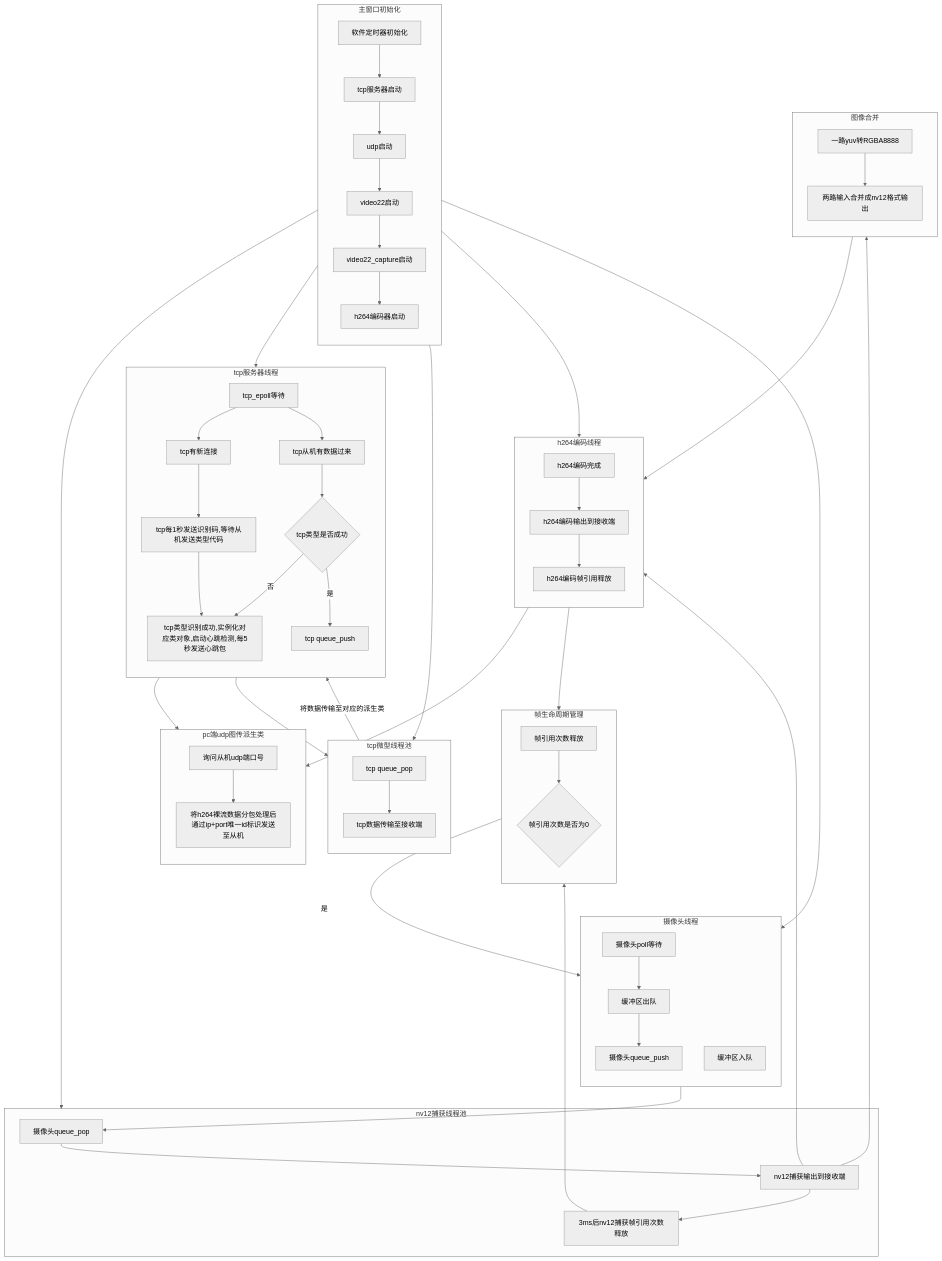
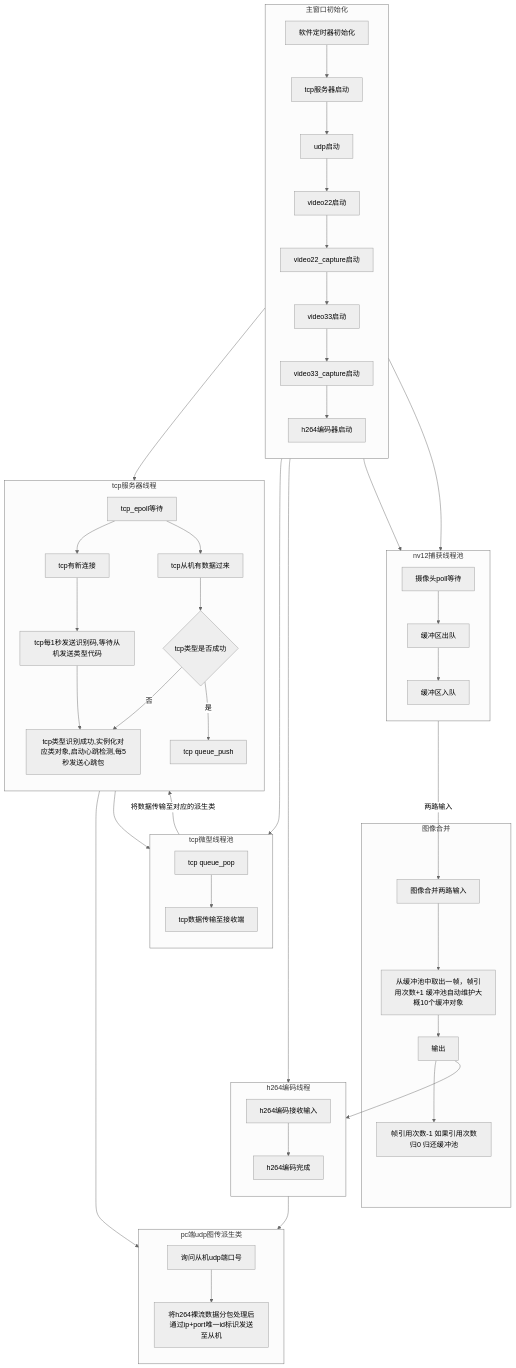
The diagram in README.md (GravityandSupport/rk3562_camera), drawn with Mermaid (neutral theme) before and after one commit.

Commit message:
Refactor README for video processing flow

````diff
--- a/README.md
+++ b/README.md
@@ -5,78 +5,66 @@
 ```mermaid
 flowchart TD
     subgraph 主窗口初始化
         direction TD
         软件定时器初始化-->tcp服务器启动
         tcp服务器启动-->udp启动
         udp启动-->video22启动
         video22启动-->video22_capture启动
-        video22_capture启动-->h264编码器启动
+        video22_capture启动-->video33启动
+        video33启动-->video33_capture启动
+        video33_capture启动-->h264编码器启动
     end
 
-    subgraph 摄像头线程
+    subgraph nv12捕获线程池
         direction TD
         摄像头poll等待-->缓冲区出队
-        缓冲区出队-->摄像头queue_push
+        缓冲区出队-->缓冲区入队
+    end
+    video22_capture启动-->nv12捕获线程池
+    video33_capture启动-->nv12捕获线程池
 
-        缓冲区入队
+    subgraph 图像合并
+        缓冲区出队-->|两路输入|图像合并两路输入
+        图像合并两路输入-->图像合并缓冲池取一帧[从缓冲池中取出一帧，帧引用次数+1 缓冲池自动维护大概10个缓冲对象]
+        图像合并缓冲池取一帧-->图像合并输出[输出]
+        图像合并输出-->图像合并归还缓冲池一帧[帧引用次数-1 如果引用次数归0 归还缓冲池]
     end
-    video22启动-->摄像头线程
-
-    subgraph nv12捕获线程池
-        摄像头queue_push-->摄像头queue_pop
-		摄像头queue_pop --> nv12捕获输出到接收端
-        nv12捕获输出到接收端-->3ms后nv12捕获帧引用次数释放
-	end
-    video22_capture启动-->nv12捕获线程池
 
     subgraph h264编码线程
         direction TD
-        nv12捕获输出到接收端-->h264编码完成
-        h264编码完成-->h264编码输出到接收端
-        h264编码输出到接收端-->h264编码帧引用释放
+        图像合并输出-->h264编码接收输入
+        h264编码接收输入-->h264编码完成
     end
     h264编码器启动-->h264编码线程
 
-    subgraph 帧生命周期管理
-        direction TD
-        3ms后nv12捕获帧引用次数释放-->帧引用次数释放
-        h264编码帧引用释放-->帧引用次数释放
-        帧引用次数释放-->帧引用次数是否为0{帧引用次数是否为0}
-        帧引用次数是否为0-->|是| 缓冲区入队
-    end
 
     subgraph tcp微型线程池
         direction TD
 		tcp_queue_pop[tcp queue_pop]-->tcp数据传输至接收端
 	end
 
     subgraph tcp服务器线程
         direction TD
         tcp_epoll等待-->tcp有新连接
         tcp有新连接-->tcp识别类型[tcp每1秒发送识别码,等待从机发送类型代码]
         tcp识别类型-->tcp识别成功[tcp类型识别成功,实例化对应类对象,启动心跳检测,每5秒发送心跳包]
 
         tcp_epoll等待-->tcp从机有数据过来
         tcp从机有数据过来-->tcp类型是否成功{tcp类型是否成功}
         tcp类型是否成功-->|是| tcp_queue_push[tcp queue_push]
         tcp类型是否成功-->|否| tcp识别成功
     end
     tcp_queue_push-->tcp_queue_pop
     tcp数据传输至接收端-->|将数据传输至对应的派生类|tcp识别成功
     tcp服务器启动-->tcp服务器线程
     tcp服务器启动-->tcp微型线程池
 
     subgraph pc端udp图传派生类
         direction TD
         pc端udp图传发送询问端口号[询问从机udp端口号]-->pc端udp图传h264裸流发送[将h264裸流数据分包处理后通过ip+port唯一id标识发送至从机]
     end
     tcp识别成功-->pc端udp图传派生类
-    h264编码输出到接收端-->pc端udp图传h264裸流发送
+    h264编码完成-->pc端udp图传h264裸流发送
 
-	subgraph 图像合并
-        direction TD
-        图像合并rga转一路输入格式[一路yuv转RGBA8888]-->图像合并rga合并[两路输入合并成nv12格式输出]
-    end
-    nv12捕获输出到接收端-->图像合并rga转一路输入格式
-    图像合并rga合并-->h264编码完成
+
 ```
````
